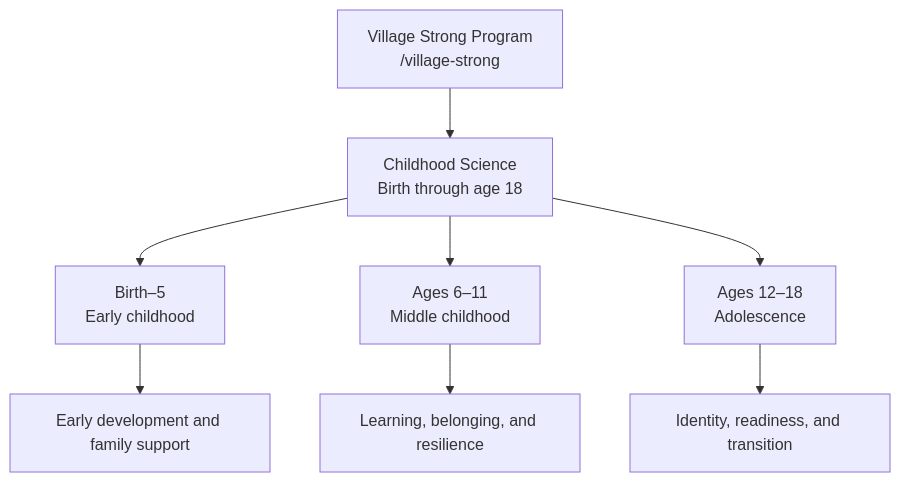
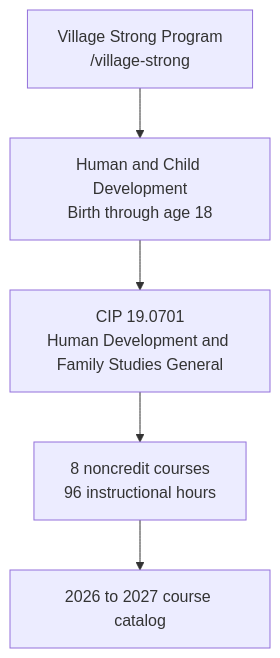
Before and after one commit to 73junito/village_strong: the diagram in apps/web/app/village-strong/MERMAID.md, drawn with Mermaid. The commit also changed other lines of this file and 8 other files, not shown here.

First line of the commit message:
feat: publish classified noncredit course catalog

````diff
--- a/apps/web/app/village-strong/MERMAID.md
+++ b/apps/web/app/village-strong/MERMAID.md
@@ -3,13 +3,8 @@
 ```mermaid
 flowchart TD
     Village["Village Strong Program<br/>/village-strong"]
-    Village --> Science["Childhood Science<br/>Birth through age 18"]
-
-    Science --> Early["Birth–5<br/>Early childhood"]
-    Science --> Middle["Ages 6–11<br/>Middle childhood"]
-    Science --> Adolescent["Ages 12–18<br/>Adolescence"]
-
-    Early --> Development["Early development and family support"]
-    Middle --> Learning["Learning, belonging, and resilience"]
-    Adolescent --> Transition["Identity, readiness, and transition"]
+    Village --> Science["Human and Child Development<br/>Birth through age 18"]
+    Science --> CIP["CIP 19.0701<br/>Human Development and Family Studies General"]
+    CIP --> Courses["8 noncredit courses<br/>96 instructional hours"]
+    Courses --> Catalog["2026 to 2027 course catalog"]
 ```
````
